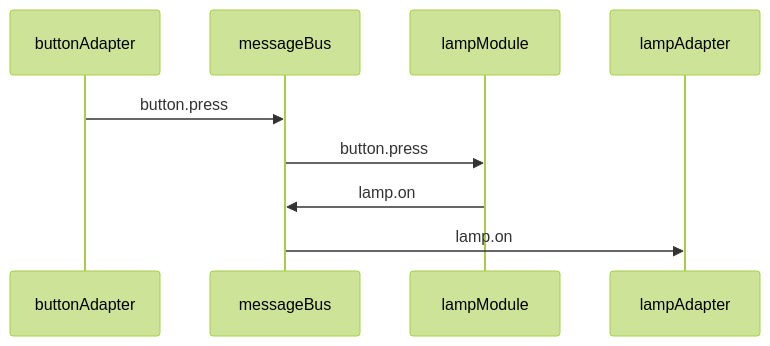
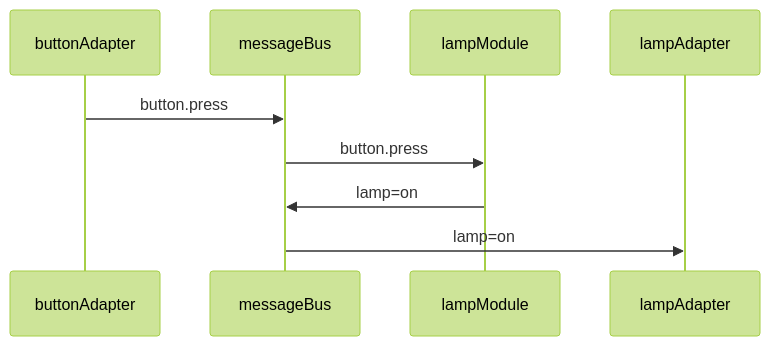
The first of 2 diagrams in documentation/languageGuide.md (sodacan-net/sodacan-core), drawn with Mermaid (forest theme) before and after one commit. The commit also changed other lines of this file and 7 other files, not shown here.

````diff
--- a/documentation/languageGuide.md
+++ b/documentation/languageGuide.md
@@ -344,8 +341,8 @@
 ```mermaid
 sequenceDiagram
     buttonAdapter->>messageBus: button.press
     messageBus->>lampModule: button.press
-    lampModule->>messageBus: lamp.on
-    messageBus->>lampAdapter: lamp.on
+    lampModule->>messageBus: lamp=on
+    messageBus->>lampAdapter: lamp=on
     
 ```
````
